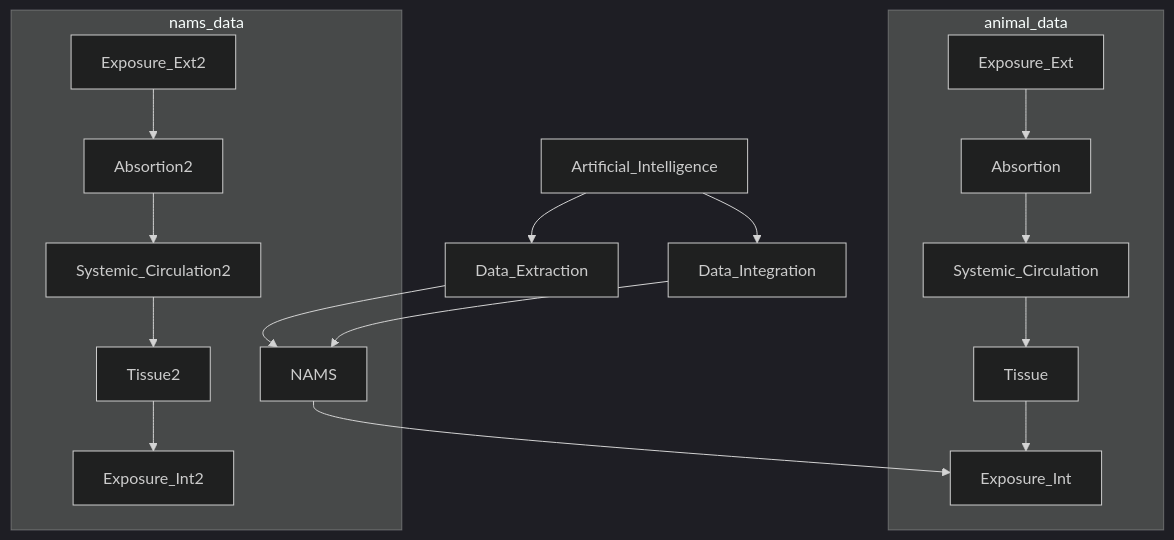
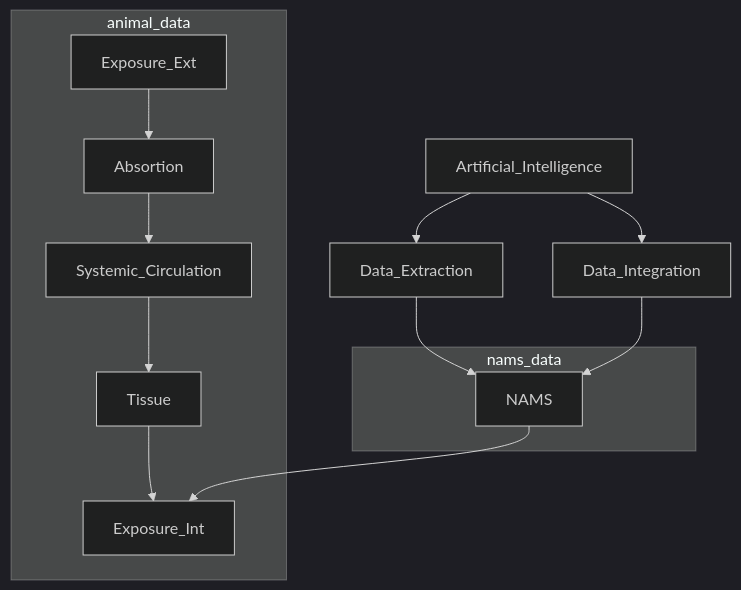
Before and after one commit to ontox-hu/workflows: the diagram in ProbRA.md, drawn with Mermaid (dark theme).

````diff
--- a/ProbRA.md
+++ b/ProbRA.md
@@ -2,28 +2,25 @@
 ```mermaid
 flowchart TD
 
   Artificial_Intelligence-->Data_Extraction
   Data_Extraction-->NAMS
   Artificial_Intelligence-->Data_Integration
   Data_Integration-->NAMS
   
   subgraph animal_data
   
   Exposure_Ext-->Absortion
   Absortion-->Systemic_Circulation
   Systemic_Circulation-->Tissue
   Tissue-->Exposure_Int
   
   end
 
   subgraph nams_data
   
   NAMS-->Exposure_Int
-  Exposure_Ext2-->Absortion2
-  Absortion2-->Systemic_Circulation2
-  Systemic_Circulation2-->Tissue2
-  Tissue2-->Exposure_Int2
+  
   
   end
   
 ```
````
